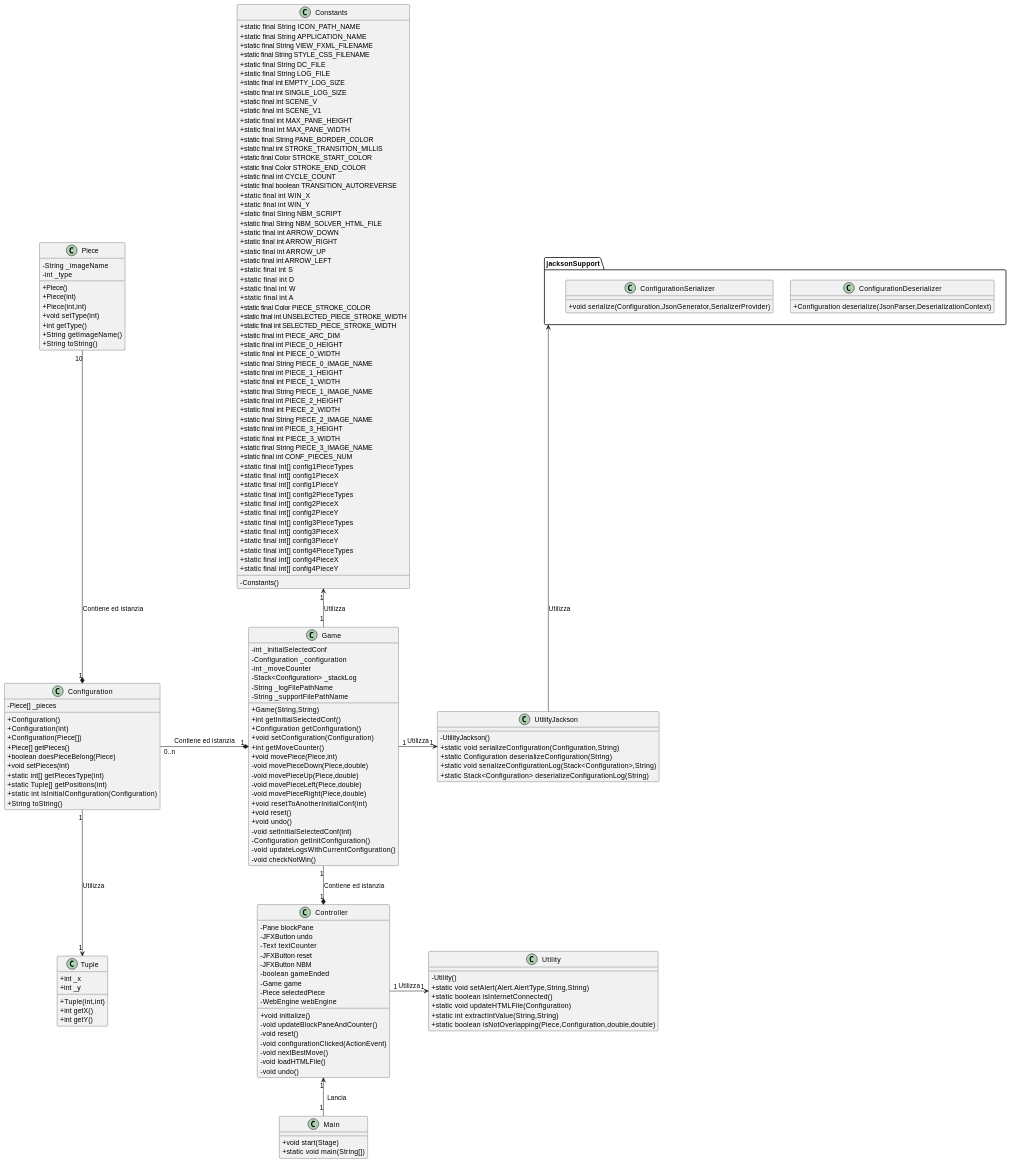
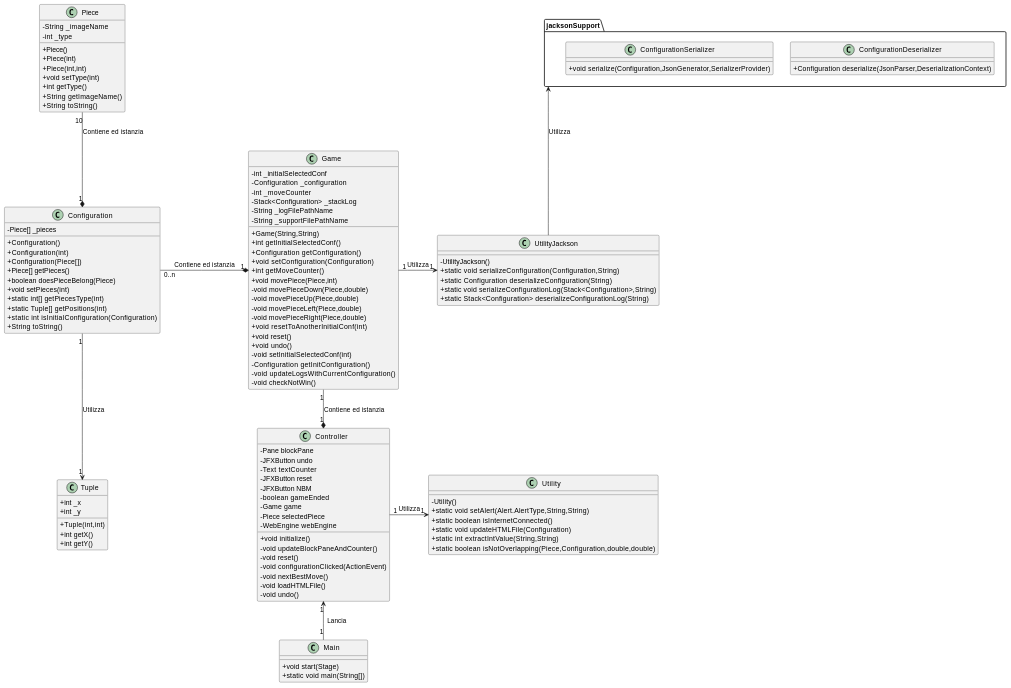
One commit to bellins14/klotski_gruppo2 changed the first of 3 diagrams in resources/Class_Diagram.md. Above: the diagram before and after it, drawn with PlantUML.

````diff
--- a/resources/Class_Diagram.md
+++ b/resources/Class_Diagram.md
@@ -5,69 +5,6 @@
 ```plantuml
 @startuml
 skinparam classAttributeIconSize 0
-
-class Constants {
-  + static final String ICON_PATH_NAME
-  + static final String APPLICATION_NAME
-  + static final String VIEW_FXML_FILENAME
-  + static final String STYLE_CSS_FILENAME
-  + static final String DC_FILE
-  + static final String LOG_FILE
-  + static final int EMPTY_LOG_SIZE
-  + static final int SINGLE_LOG_SIZE
-  + static final int SCENE_V
-  + static final int SCENE_V1
-  + static final int MAX_PANE_HEIGHT
-  + static final int MAX_PANE_WIDTH
-  + static final String PANE_BORDER_COLOR
-  + static final int STROKE_TRANSITION_MILLIS
-  + static final Color STROKE_START_COLOR
-  + static final Color STROKE_END_COLOR
-  + static final int CYCLE_COUNT
-  + static final boolean TRANSITION_AUTOREVERSE
-  + static final int WIN_X
-  + static final int WIN_Y
-  + static final String NBM_SCRIPT
-  + static final String NBM_SOLVER_HTML_FILE
-  + static final int ARROW_DOWN
-  + static final int ARROW_RIGHT
-  + static final int ARROW_UP
-  + static final int ARROW_LEFT
-  + static final int S
-  + static final int D
-  + static final int W
-  + static final int A
-  + static final Color PIECE_STROKE_COLOR
-  + static final int UNSELECTED_PIECE_STROKE_WIDTH
-  + static final int SELECTED_PIECE_STROKE_WIDTH
-  + static final int PIECE_ARC_DIM
-  + static final int PIECE_0_HEIGHT
-  + static final int PIECE_0_WIDTH
-  + static final String PIECE_0_IMAGE_NAME
-  + static final int PIECE_1_HEIGHT
-  + static final int PIECE_1_WIDTH
-  + static final String PIECE_1_IMAGE_NAME
-  + static final int PIECE_2_HEIGHT
-  + static final int PIECE_2_WIDTH
-  + static final String PIECE_2_IMAGE_NAME
-  + static final int PIECE_3_HEIGHT
-  + static final int PIECE_3_WIDTH
-  + static final String PIECE_3_IMAGE_NAME
-  + static final int CONF_PIECES_NUM
-  + static final int[] config1PieceTypes
-  + static final int[] config1PieceX
-  + static final int[] config1PieceY
-  + static final int[] config2PieceTypes
-  + static final int[] config2PieceX
-  + static final int[] config2PieceY
-  + static final int[] config3PieceTypes
-  + static final int[] config3PieceX
-  + static final int[] config3PieceY
-  + static final int[] config4PieceTypes
-  + static final int[] config4PieceX
-  + static final int[] config4PieceY
-  - Constants()
-}
 
 
 class Main {
@@ -198,8 +135,6 @@
 
 Game "1" -down-* "1" Controller :  Contiene ed istanzia
 
-Game "1" -up-> "1" Constants : Utilizza
-
 Game "1" -right-> "1" UtilityJackson : Utilizza
 
 Main "1" -up-> "1" Controller : "  Lancia  "
````
